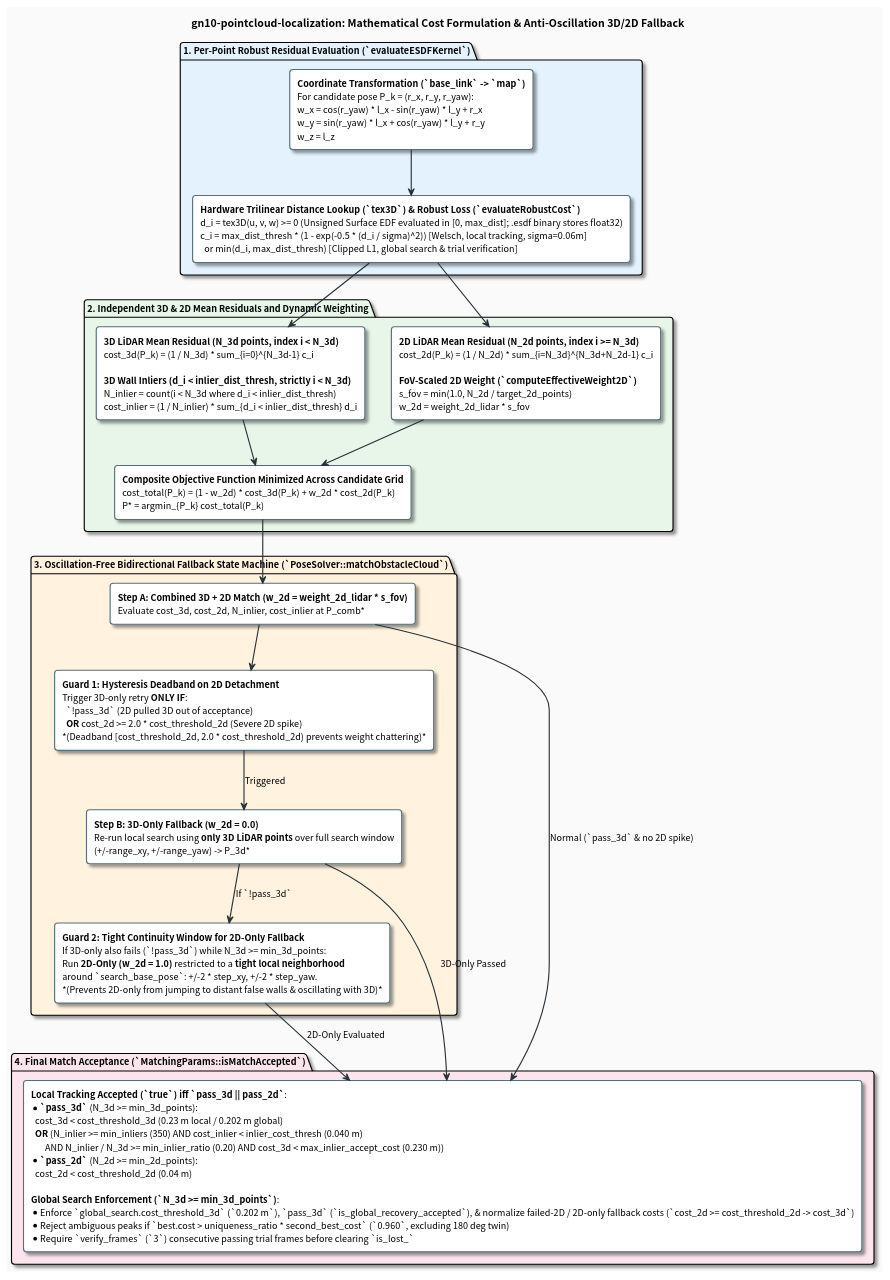
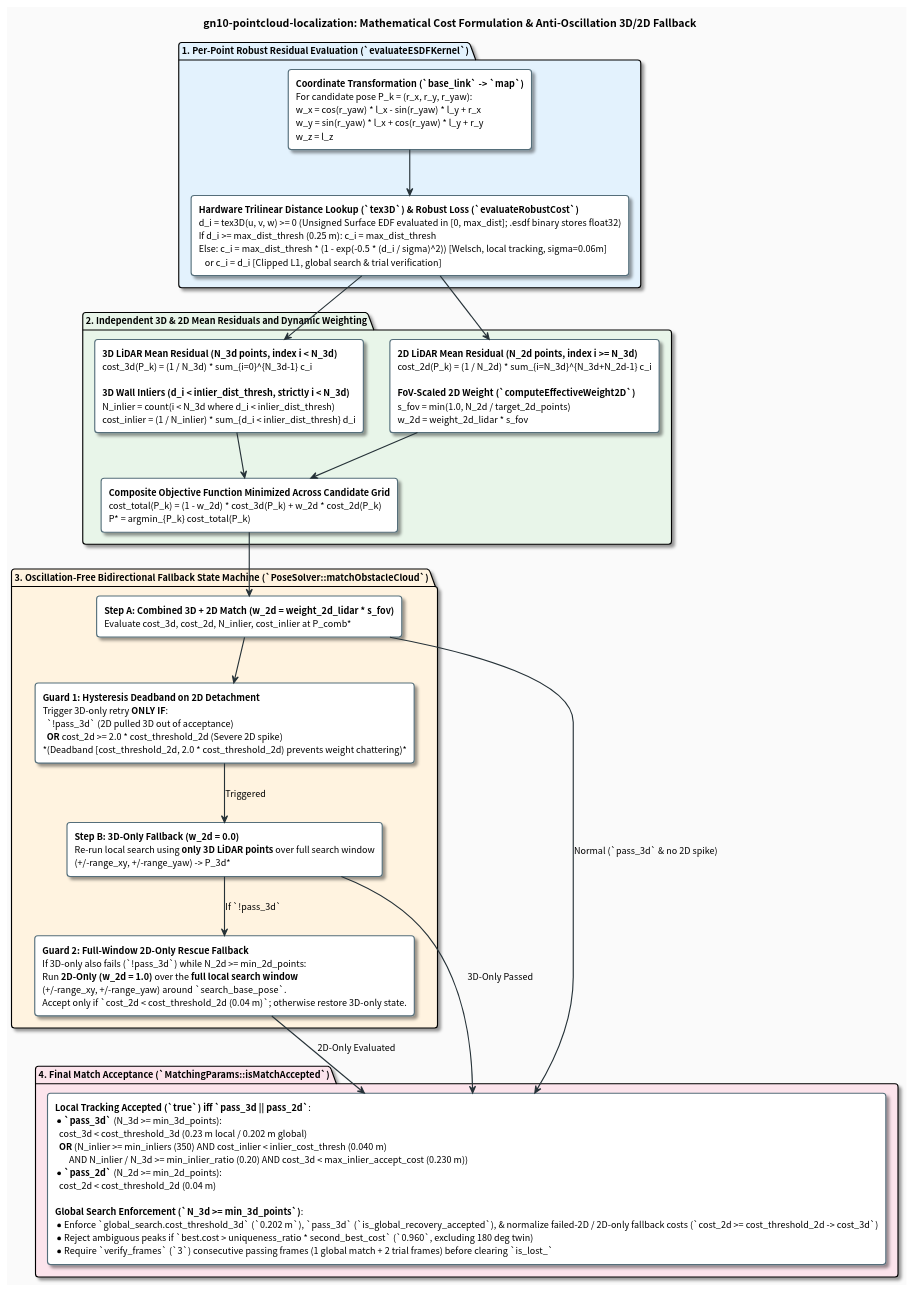
Before and after one commit to tmcit-ararobo-2026a/gn10-pointcloud-localization: the diagram in docs/matching_cost_and_weighting.pu, drawn with PlantUML. The commit also changed 11 other files, not shown here.

Commit message:
docs: sync README benchmarks, YAML comments, and PlantUML diagrams with v1.2.4 code

```diff
--- a/docs/matching_cost_and_weighting.pu
+++ b/docs/matching_cost_and_weighting.pu
@@ -1,70 +1,70 @@
 @startuml matching_cost_and_weighting
 skinparam backgroundColor #FAFAFA
 skinparam defaultFontName "Roboto, Noto Sans CJK JP, sans-serif"
 skinparam defaultFontSize 12
 skinparam roundCorner 8
 skinparam shadowing true
 skinparam ArrowColor #263238
 skinparam ArrowThickness 1.5
 
 skinparam rectangle {
     BackgroundColor #FFFFFF
     BorderColor #546E7A
     BorderThickness 1.5
 }
 
 skinparam note {
     BackgroundColor #FFF8E1
     BorderColor #FFB300
     FontColor #263238
 }
 
 title **gn10-pointcloud-localization: Mathematical Cost Formulation & Anti-Oscillation 3D/2D Fallback**
 
 package "1. Per-Point Robust Residual Evaluation (`evaluateESDFKernel`)" #E3F2FD {
     rectangle "**Coordinate Transformation (`base_link` -> `map`)**\nFor candidate pose P_k = (r_x, r_y, r_yaw):\nw_x = cos(r_yaw) * l_x - sin(r_yaw) * l_y + r_x\nw_y = sin(r_yaw) * l_x + cos(r_yaw) * l_y + r_y\nw_z = l_z" as TF_EQ
 
-    rectangle "**Hardware Trilinear Distance Lookup (`tex3D`) & Robust Loss (`evaluateRobustCost`)**\nd_i = tex3D(u, v, w) >= 0  (Unsigned Surface EDF evaluated in [0, max_dist]; .esdf binary stores float32)\nc_i = max_dist_thresh * (1 - exp(-0.5 * (d_i / sigma)^2))  [Welsch, local tracking, sigma=0.06m]\n  or min(d_i, max_dist_thresh)  [Clipped L1, global search & trial verification]" as CLIP_EQ
+    rectangle "**Hardware Trilinear Distance Lookup (`tex3D`) & Robust Loss (`evaluateRobustCost`)**\nd_i = tex3D(u, v, w) >= 0  (Unsigned Surface EDF evaluated in [0, max_dist]; .esdf binary stores float32)\nIf d_i >= max_dist_thresh (0.25 m): c_i = max_dist_thresh\nElse: c_i = max_dist_thresh * (1 - exp(-0.5 * (d_i / sigma)^2))  [Welsch, local tracking, sigma=0.06m]\n   or c_i = d_i  [Clipped L1, global search & trial verification]" as CLIP_EQ
 
     TF_EQ -down-> CLIP_EQ
 }
 
 package "2. Independent 3D & 2D Mean Residuals and Dynamic Weighting" #E8F5E9 {
     rectangle "**3D LiDAR Mean Residual (N_3d points, index i < N_3d)**\ncost_3d(P_k) = (1 / N_3d) * sum_{i=0}^{N_3d-1} c_i\n\n**3D Wall Inliers (d_i < inlier_dist_thresh, strictly i < N_3d)**\nN_inlier = count(i < N_3d where d_i < inlier_dist_thresh)\ncost_inlier = (1 / N_inlier) * sum_{d_i < inlier_dist_thresh} d_i" as COST_3D
 
     rectangle "**2D LiDAR Mean Residual (N_2d points, index i >= N_3d)**\ncost_2d(P_k) = (1 / N_2d) * sum_{i=N_3d}^{N_3d+N_2d-1} c_i\n\n**FoV-Scaled 2D Weight (`computeEffectiveWeight2D`)**\ns_fov = min(1.0, N_2d / target_2d_points)\nw_2d = weight_2d_lidar * s_fov" as COST_2D
 
     rectangle "**Composite Objective Function Minimized Across Candidate Grid**\ncost_total(P_k) = (1 - w_2d) * cost_3d(P_k) + w_2d * cost_2d(P_k)\nP* = argmin_{P_k} cost_total(P_k)" as COMP_EQ
 
     COST_3D -down-> COMP_EQ
     COST_2D -down-> COMP_EQ
 }
 
 CLIP_EQ -down-> COST_3D
 CLIP_EQ -down-> COST_2D
 
 package "3. Oscillation-Free Bidirectional Fallback State Machine (`PoseSolver::matchObstacleCloud`)" #FFF3E0 {
     rectangle "**Step A: Combined 3D + 2D Match (w_2d = weight_2d_lidar * s_fov)**\nEvaluate cost_3d, cost_2d, N_inlier, cost_inlier at P_comb*" as STEP_A
 
     rectangle "**Guard 1: Hysteresis Deadband on 2D Detachment**\nTrigger 3D-only retry **ONLY IF**:\n  `!pass_3d` (2D pulled 3D out of acceptance)\n  **OR** cost_2d >= 2.0 * cost_threshold_2d (Severe 2D spike)\n*(Deadband [cost_threshold_2d, 2.0 * cost_threshold_2d) prevents weight chattering)*" as GUARD_1
 
     rectangle "**Step B: 3D-Only Fallback (w_2d = 0.0)**\nRe-run local search using **only 3D LiDAR points** over full search window\n(+/-range_xy, +/-range_yaw) -> P_3d*" as STEP_B
 
-    rectangle "**Guard 2: Tight Continuity Window for 2D-Only Fallback**\nIf 3D-only also fails (`!pass_3d`) while N_3d >= min_3d_points:\nRun **2D-Only (w_2d = 1.0)** restricted to a **tight local neighborhood**\naround `search_base_pose`: +/-2 * step_xy, +/-2 * step_yaw.\n*(Prevents 2D-only from jumping to distant false walls & oscillating with 3D)*" as STEP_C
+    rectangle "**Guard 2: Full-Window 2D-Only Rescue Fallback**\nIf 3D-only also fails (`!pass_3d`) while N_2d >= min_2d_points:\nRun **2D-Only (w_2d = 1.0)** over the **full local search window**\n(+/-range_xy, +/-range_yaw) around `search_base_pose`.\nAccept only if `cost_2d < cost_threshold_2d (0.04 m)`; otherwise restore 3D-only state." as STEP_C
 
     STEP_A -down-> GUARD_1
     GUARD_1 -down-> STEP_B : Triggered
     STEP_B -down-> STEP_C : If `!pass_3d`
 }
 
 COMP_EQ -down-> STEP_A
 
 package "4. Final Match Acceptance (`MatchingParams::isMatchAccepted`)" #FCE4EC {
-    rectangle "**Local Tracking Accepted (`true`) iff `pass_3d || pass_2d`**:\n* **`pass_3d`** (N_3d >= min_3d_points):\n  cost_3d < cost_threshold_3d (0.23 m local / 0.202 m global)\n  **OR** (N_inlier >= min_inliers (350) AND cost_inlier < inlier_cost_thresh (0.040 m)\n       AND N_inlier / N_3d >= min_inlier_ratio (0.20) AND cost_3d < max_inlier_accept_cost (0.230 m))\n* **`pass_2d`** (N_2d >= min_2d_points):\n  cost_2d < cost_threshold_2d (0.04 m)\n\n**Global Search Enforcement (`N_3d >= min_3d_points`)**:\n* Enforce `global_search.cost_threshold_3d` (`0.202 m`), `pass_3d` (`is_global_recovery_accepted`), & normalize failed-2D / 2D-only fallback costs (`cost_2d >= cost_threshold_2d -> cost_3d`)\n* Reject ambiguous peaks if `best.cost > uniqueness_ratio * second_best_cost` (`0.960`, excluding 180 deg twin)\n* Require `verify_frames` (`3`) consecutive passing trial frames before clearing `is_lost_`" as FINAL_ACCEPT
+    rectangle "**Local Tracking Accepted (`true`) iff `pass_3d || pass_2d`**:\n* **`pass_3d`** (N_3d >= min_3d_points):\n  cost_3d < cost_threshold_3d (0.23 m local / 0.202 m global)\n  **OR** (N_inlier >= min_inliers (350) AND cost_inlier < inlier_cost_thresh (0.040 m)\n       AND N_inlier / N_3d >= min_inlier_ratio (0.20) AND cost_3d < max_inlier_accept_cost (0.230 m))\n* **`pass_2d`** (N_2d >= min_2d_points):\n  cost_2d < cost_threshold_2d (0.04 m)\n\n**Global Search Enforcement (`N_3d >= min_3d_points`)**:\n* Enforce `global_search.cost_threshold_3d` (`0.202 m`), `pass_3d` (`is_global_recovery_accepted`), & normalize failed-2D / 2D-only fallback costs (`cost_2d >= cost_threshold_2d -> cost_3d`)\n* Reject ambiguous peaks if `best.cost > uniqueness_ratio * second_best_cost` (`0.960`, excluding 180 deg twin)\n* Require `verify_frames` (`3`) consecutive passing frames (1 global match + 2 trial frames) before clearing `is_lost_`" as FINAL_ACCEPT
 }
 
 STEP_A -down-> FINAL_ACCEPT : Normal (`pass_3d` & no 2D spike)
 STEP_B -down-> FINAL_ACCEPT : 3D-Only Passed
 STEP_C -down-> FINAL_ACCEPT : 2D-Only Evaluated
 
 @enduml
```
